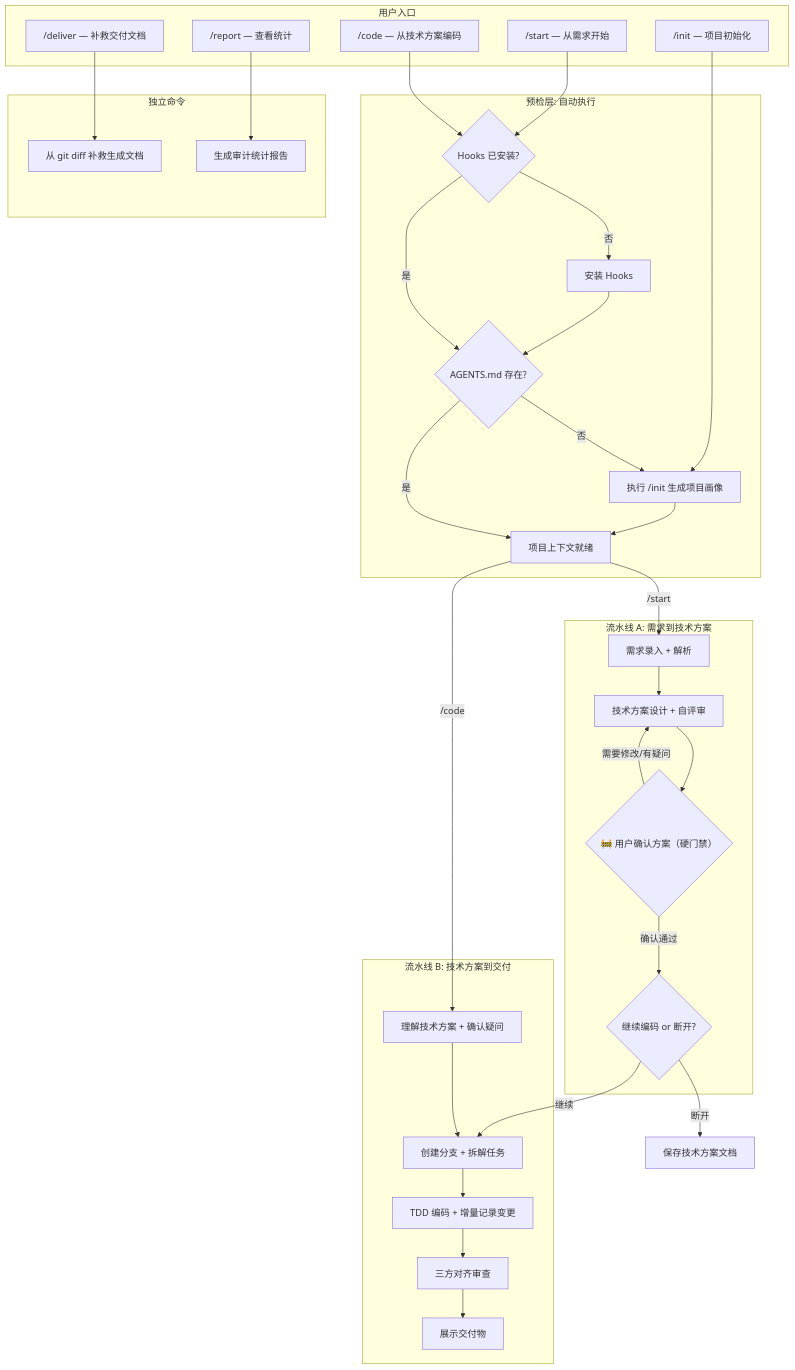
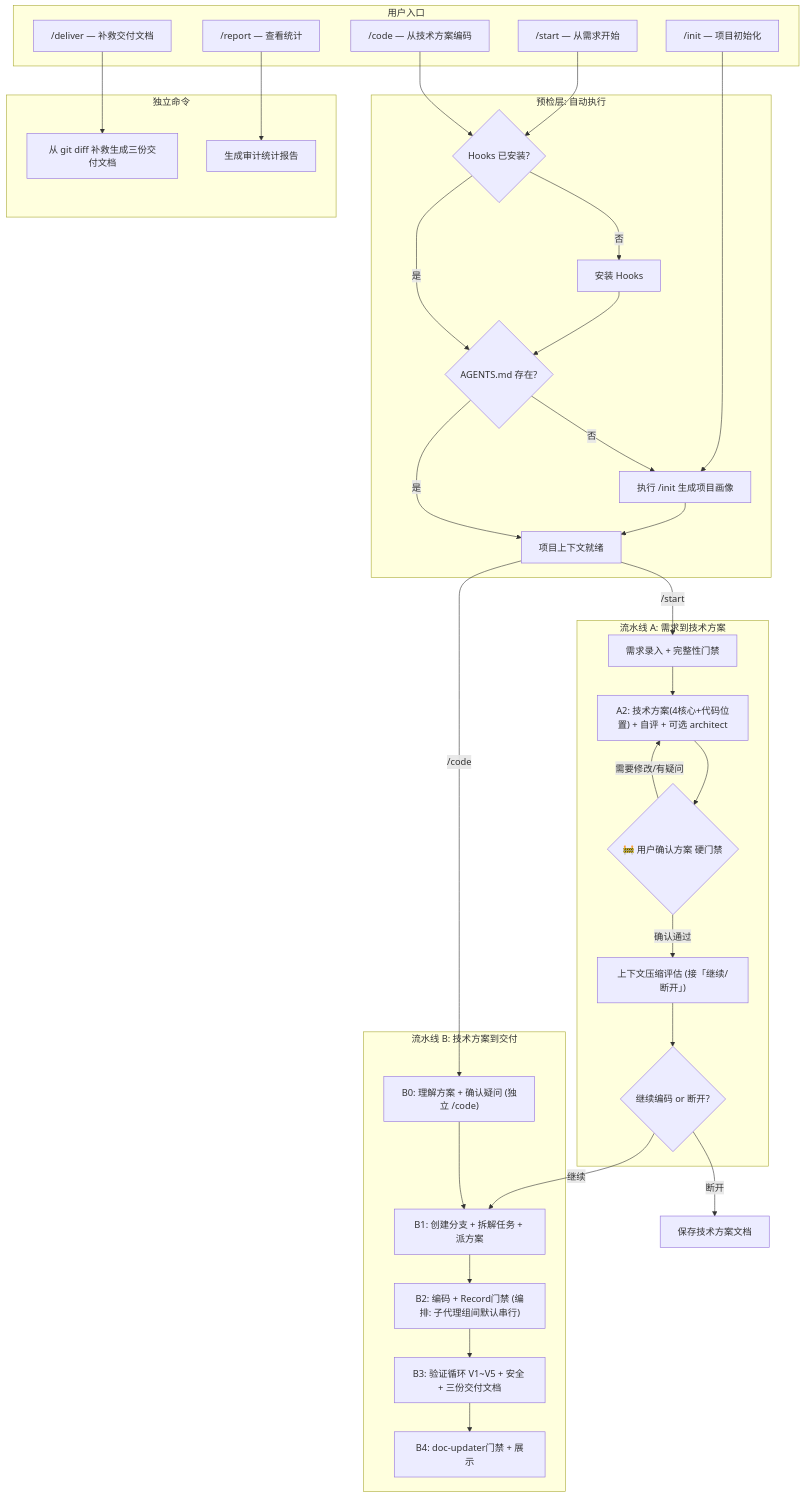
One commit to leikegeek/coding-exoskeleton changed the diagram in docs/plugin-core-workflow.md. Above: the diagram before and after it, drawn with Mermaid. The commit also changed other lines of this file and 26 other files, not shown here.

````diff
--- a/docs/plugin-core-workflow.md
+++ b/docs/plugin-core-workflow.md
@@ -213,58 +225,59 @@
 ```mermaid
 flowchart TD
     subgraph entry [用户入口]
         CMD_INIT["/init — 项目初始化"]
         CMD_START["/start — 从需求开始"]
         CMD_CODE["/code — 从技术方案编码"]
         CMD_DELIVER["/deliver — 补救交付文档"]
         CMD_REPORT["/report — 查看统计"]
     end
 
     subgraph preCheck [预检层: 自动执行]
         PC_Hooks{"Hooks 已安装?"}
         PC_InstallHooks["安装 Hooks"]
         PC_Agents{"AGENTS.md 存在?"}
         PC_Init["执行 /init 生成项目画像"]
         PC_Ready["项目上下文就绪"]
     end
 
     subgraph pipelineA [流水线 A: 需求到技术方案]
-        A_Intake["需求录入 + 解析"]
-        A_Design["技术方案设计 + 自评审"]
-        A_Gate{"🚧 用户确认方案（硬门禁）"}
+        A_Intake["需求录入 + 完整性门禁"]
+        A_Design["A2: 技术方案(4核心+代码位置) + 自评 + 可选 architect"]
+        A_Gate{"🚧 用户确认方案 硬门禁"}
+        A_Compact["上下文压缩评估 (接「继续/断开」)"]
         A_Choice{"继续编码 or 断开?"}
     end
 
     subgraph pipelineB [流水线 B: 技术方案到交付]
-        B_Understand["理解技术方案 + 确认疑问"]
-        B_Prepare["创建分支 + 拆解任务"]
-        B_Code["TDD 编码 + 增量记录变更"]
-        B_Review["三方对齐审查"]
-        B_Deliver["展示交付物"]
+        B_Understand["B0: 理解方案 + 确认疑问 (独立 /code)"]
+        B_Prepare["B1: 创建分支 + 拆解任务 + 派方案"]
+        B_Code["B2: 编码 + Record门禁 (编排: 子代理组间默认串行)"]
+        B_Review["B3: 验证循环 V1~V5 + 安全 + 三份交付文档"]
+        B_Deliver["B4: doc-updater门禁 + 展示"]
     end
 
     subgraph standalone [独立命令]
-        DELIVER_FIX["从 git diff 补救生成文档"]
+        DELIVER_FIX["从 git diff 补救生成三份交付文档"]
         REPORT_GEN["生成审计统计报告"]
     end
 
     CMD_INIT --> PC_Init
     CMD_START --> PC_Hooks
     CMD_CODE --> PC_Hooks
     CMD_DELIVER --> DELIVER_FIX
     CMD_REPORT --> REPORT_GEN
 
     PC_Hooks -->|"否"| PC_InstallHooks --> PC_Agents
     PC_Hooks -->|"是"| PC_Agents
     PC_Agents -->|"否"| PC_Init --> PC_Ready
     PC_Agents -->|"是"| PC_Ready
 
     PC_Ready -->|"/start"| A_Intake --> A_Design --> A_Gate
-    A_Gate -->|"确认通过"| A_Choice
     A_Gate -->|"需要修改/有疑问"| A_Design
+    A_Gate -->|"确认通过"| A_Compact --> A_Choice
     A_Choice -->|"继续"| B_Prepare
     A_Choice -->|"断开"| OUT_A["保存技术方案文档"]
 
     PC_Ready -->|"/code"| B_Understand --> B_Prepare
     B_Prepare --> B_Code --> B_Review --> B_Deliver
 ```
````
